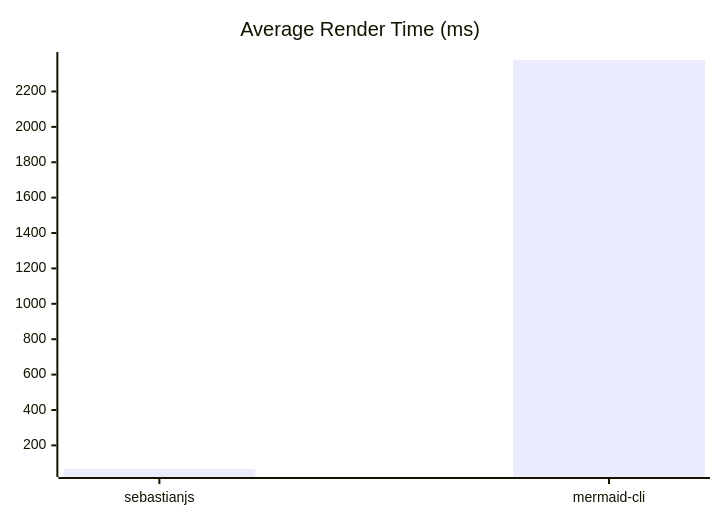
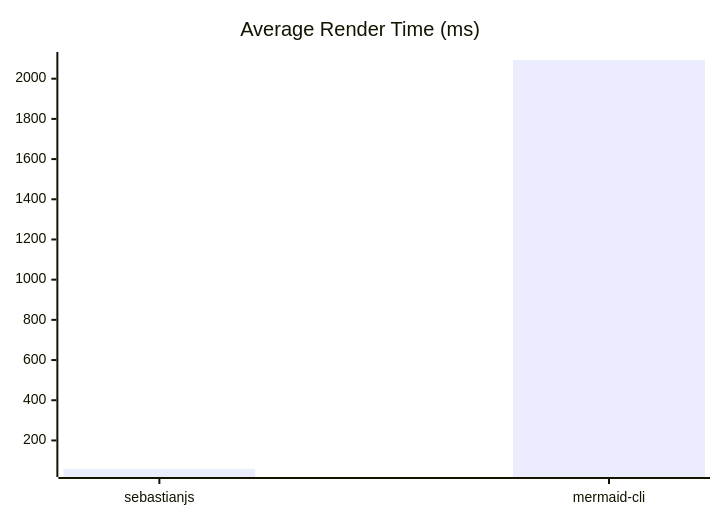
One commit to creadri/sebastianjs changed the diagram in README.md. Above: the diagram before and after it, drawn with Mermaid. The commit also changed other lines of this file and 78 other files, not shown here.

````diff
--- a/README.md
+++ b/README.md
@@ -202,6 +202,6 @@
 ```mermaid
 xychart-beta
   title "Average Render Time (ms)"
   x-axis [sebastianjs, mermaid-cli]
-  bar [66.49, 2377.88]
+  bar [57.88, 2093.04]
 ```
````
